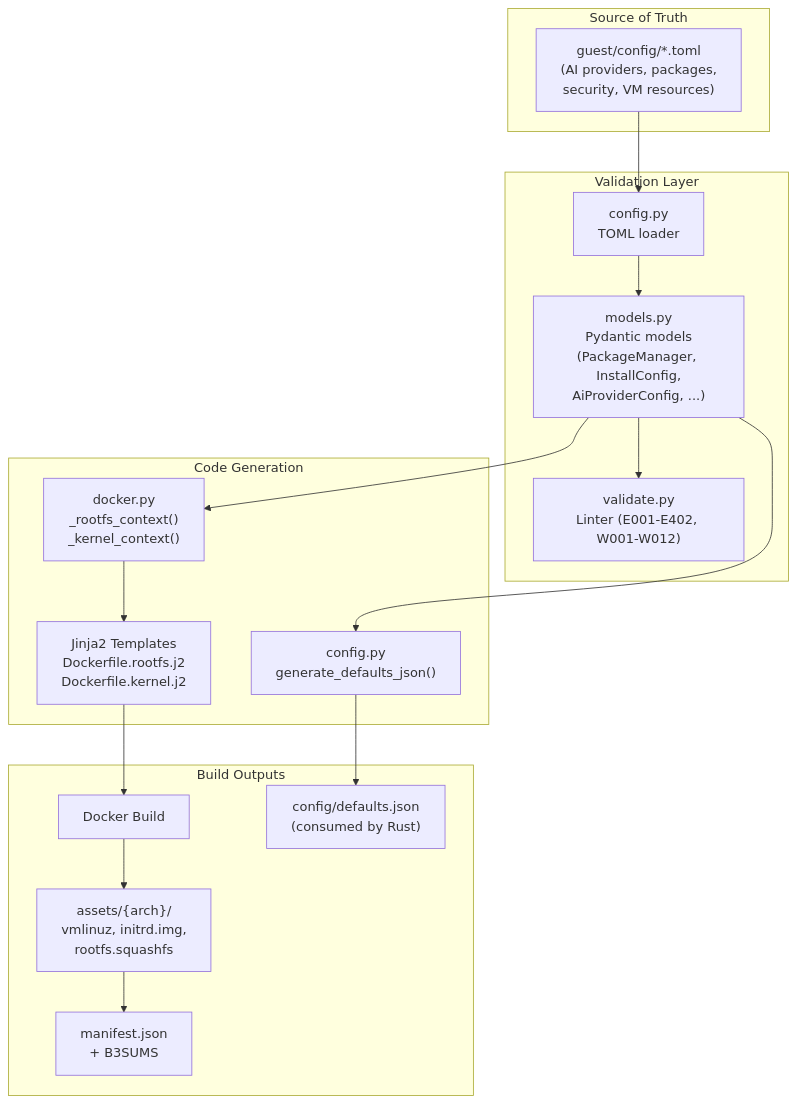
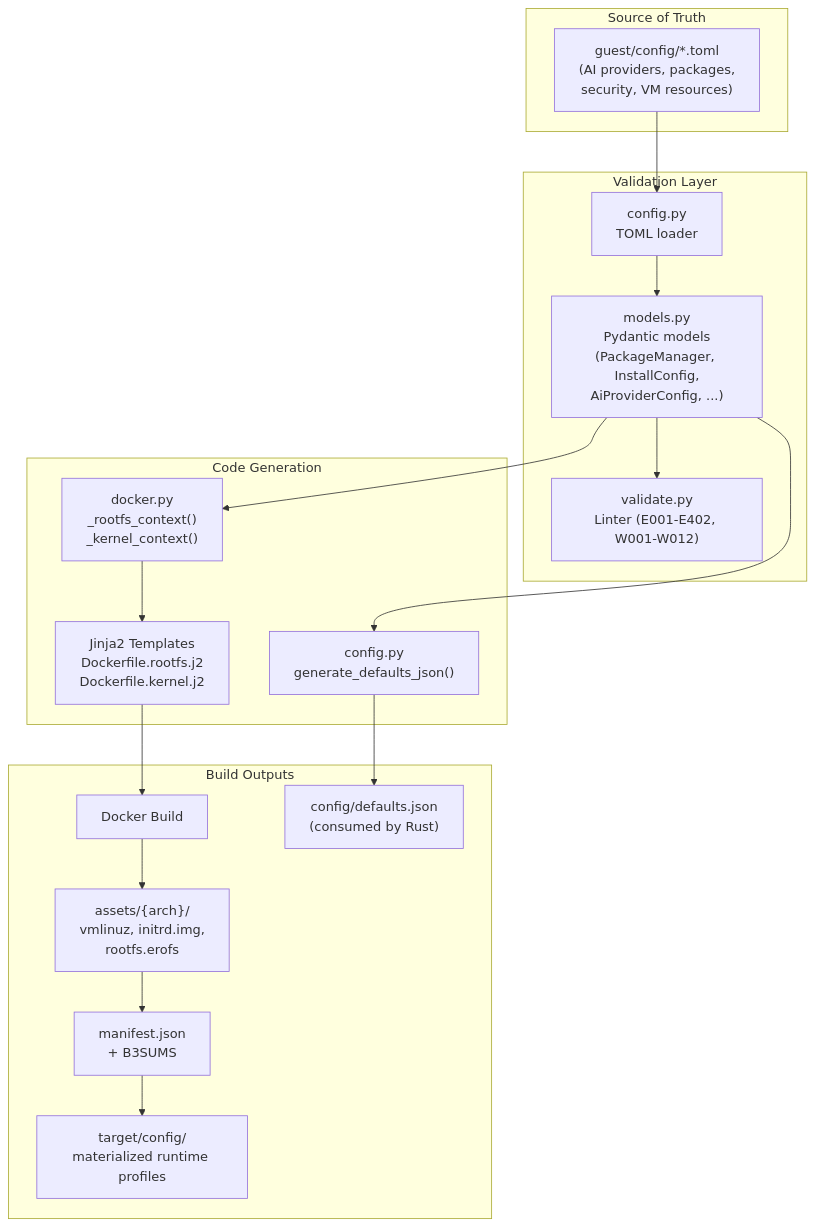
The first of 5 diagrams in docs/src/content/docs/architecture/build-system.md (google/capsem), drawn with Mermaid before and after one commit. The commit also changed other lines of this file and 26 other files, not shown here.

````diff
--- a/docs/src/content/docs/architecture/build-system.md
+++ b/docs/src/content/docs/architecture/build-system.md
@@ -12,36 +12,38 @@
 ```mermaid
 flowchart TD
   subgraph Input["Source of Truth"]
     TOML["guest/config/*.toml\n(AI providers, packages,\nsecurity, VM resources)"]
   end
 
   subgraph Validation["Validation Layer"]
     Config["config.py\nTOML loader"]
     Models["models.py\nPydantic models\n(PackageManager, InstallConfig,\nAiProviderConfig, ...)"]
     Validate["validate.py\nLinter (E001-E402, W001-W012)"]
   end
 
   subgraph Generation["Code Generation"]
     Context["docker.py\n_rootfs_context()\n_kernel_context()"]
     Jinja["Jinja2 Templates\nDockerfile.rootfs.j2\nDockerfile.kernel.j2"]
     Defaults["config.py\ngenerate_defaults_json()"]
   end
 
   subgraph Output["Build Outputs"]
     Docker["Docker Build"]
-    Assets["assets/{arch}/\nvmlinuz, initrd.img,\nrootfs.squashfs"]
+    Assets["assets/{arch}/\nvmlinuz, initrd.img,\nrootfs.erofs"]
     JSON["config/defaults.json\n(consumed by Rust)"]
     BOM["manifest.json\n+ B3SUMS"]
+    RuntimeConfig["target/config/\nmaterialized runtime profiles"]
   end
 
   TOML --> Config
   Config --> Models
   Models --> Validate
   Models --> Context
   Models --> Defaults
   Context --> Jinja
   Jinja --> Docker
   Docker --> Assets
   Assets --> BOM
+  BOM --> RuntimeConfig
   Defaults --> JSON
 ```
````
